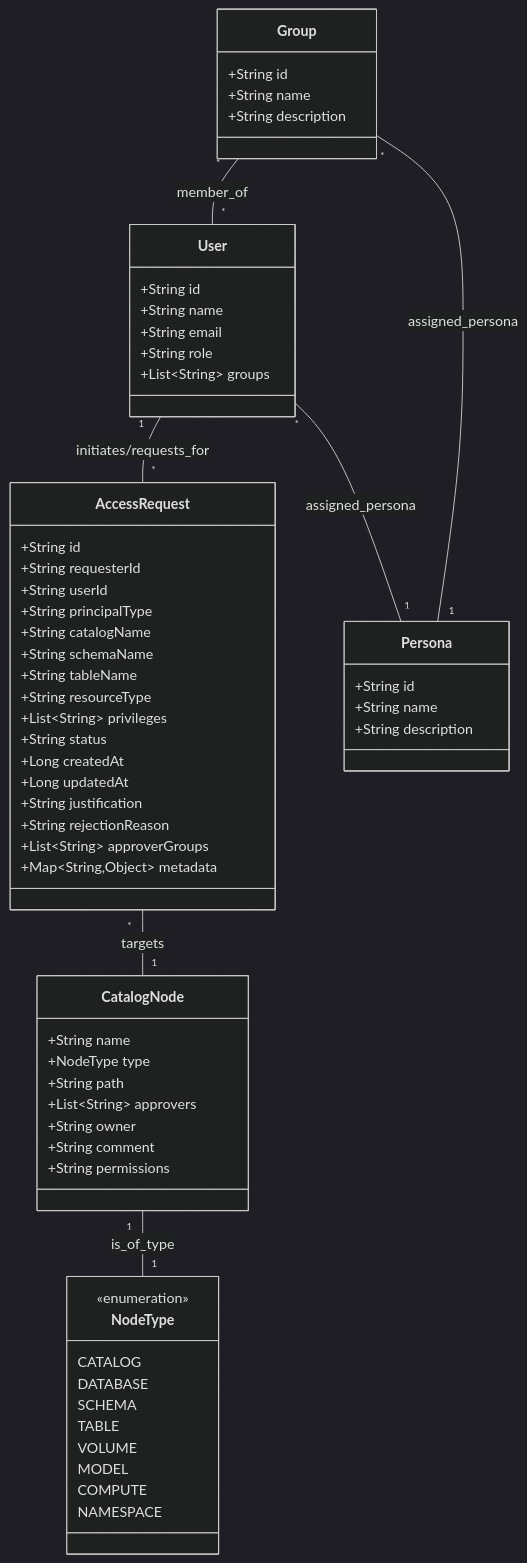
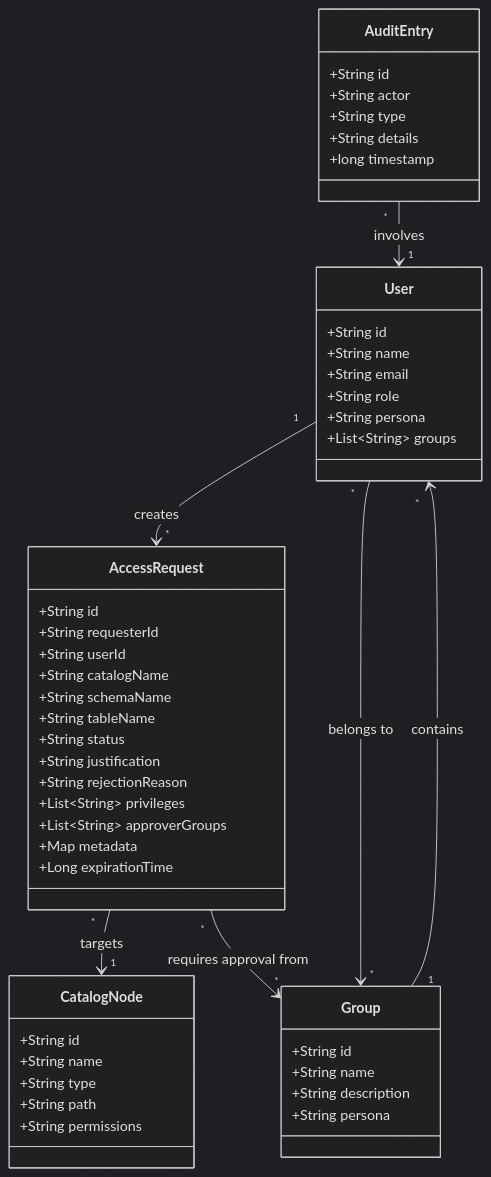
The fourth of 4 diagrams in backend/src/site/markdown/architecture.md (rhlowery/access-control-service), drawn with Mermaid (dark theme) before and after one commit. The commit also changed other lines of this file and 12 other files, not shown here.

Commit message:
feat: add project documentation sites and implement Helm chart template testing with Cucumber

````diff
--- a/backend/src/site/markdown/architecture.md
+++ b/backend/src/site/markdown/architecture.md
@@ -40,65 +114,53 @@
 ```mermaid
 classDiagram
     class User {
         +String id
         +String name
         +String email
         +String role
+        +String persona
         +List~String~ groups
     }
     class Group {
         +String id
         +String name
         +String description
+        +String persona
     }
     class AccessRequest {
         +String id
         +String requesterId
         +String userId
-        +String principalType
         +String catalogName
         +String schemaName
         +String tableName
-        +String resourceType
-        +List~String~ privileges
         +String status
-        +Long createdAt
-        +Long updatedAt
         +String justification
         +String rejectionReason
+        +List~String~ privileges
         +List~String~ approverGroups
-        +Map~String,Object~ metadata
+        +Map metadata
+        +Long expirationTime
     }
-    class Persona {
+    class AuditEntry {
+        +String id
+        +String actor
+        +String type
+        +String details
+        +long timestamp
+    }
+    class CatalogNode {
         +String id
         +String name
-        +String description
-    }
-    class CatalogNode {
-        +String name
-        +NodeType type
+        +String type
         +String path
-        +List~String~ approvers
-        +String owner
-        +String comment
         +String permissions
     }
-    class NodeType {
-        <<enumeration>>
-        CATALOG
-        DATABASE
-        SCHEMA
-        TABLE
-        VOLUME
-        MODEL
-        COMPUTE
-        NAMESPACE
-    }
 
-    User "1" -- "*" AccessRequest : initiates/requests_for
-    Group "*" -- "*" User : member_of
-    AccessRequest "*" -- "1" CatalogNode : targets
-    CatalogNode "1" -- "1" NodeType : is_of_type
-    User "*" -- "1" Persona : assigned_persona
-    Group "*" -- "1" Persona : assigned_persona
+    User "1" --> "*" AccessRequest : creates
+    User "*" --> "*" Group : belongs to
+    Group "1" --> "*" User : contains
+    AccessRequest "*" --> "1" CatalogNode : targets
+    AccessRequest "*" --> "*" Group : requires approval from
+    AuditEntry "*" --> "1" User : involves
 ```
````
